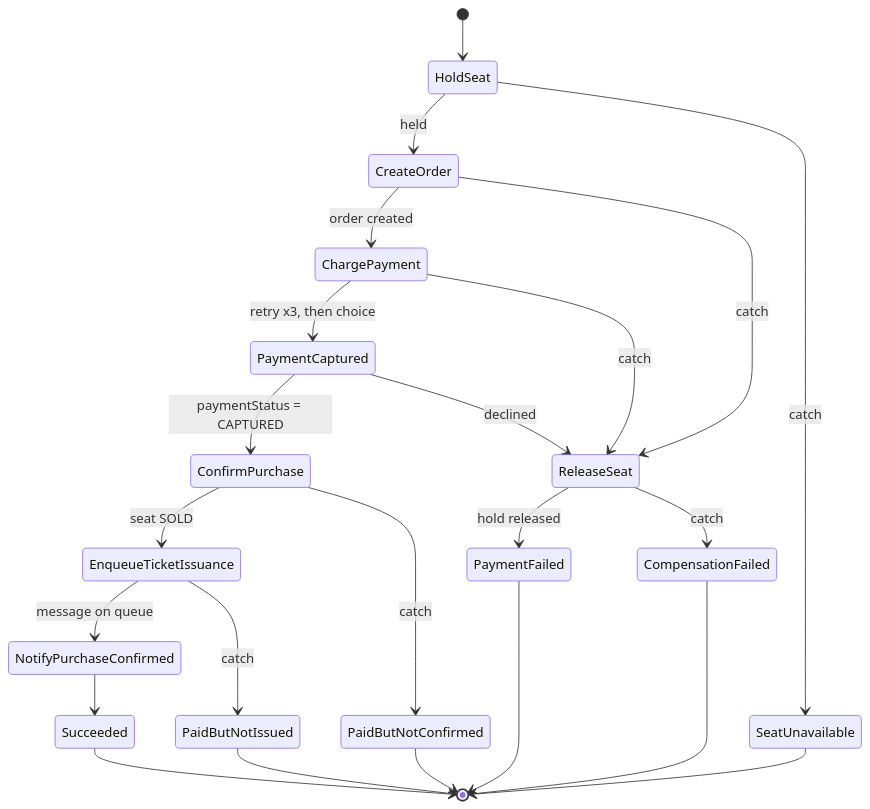
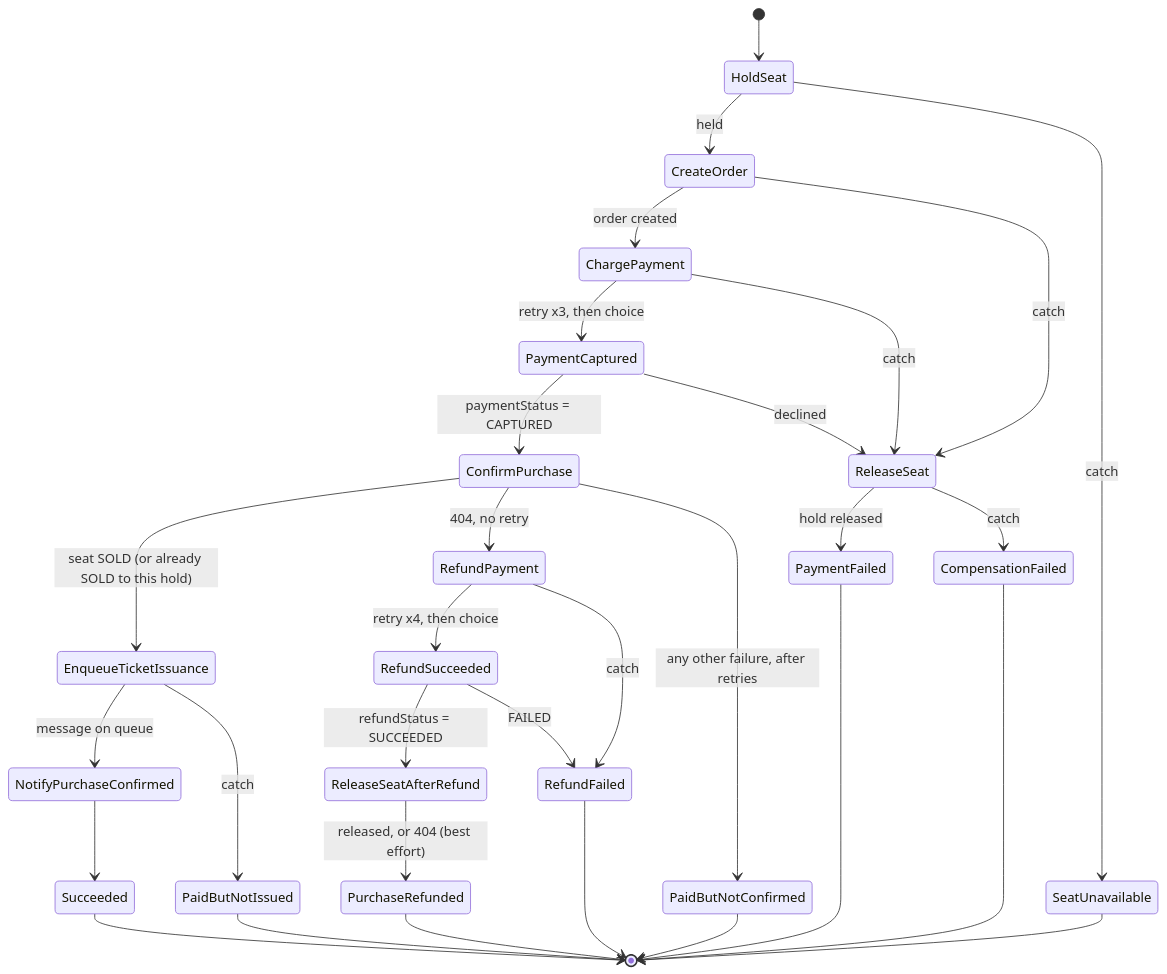
Before and after one commit to daliborjelicanin/ticket-waiting-room-aws: the third of 8 diagrams in docs/architecture.md, drawn with Mermaid. The commit also changed other lines of this file and 41 other files, not shown here.

````diff
--- a/docs/architecture.md
+++ b/docs/architecture.md
@@ -216,34 +217,43 @@
 ```mermaid
 stateDiagram-v2
     [*] --> HoldSeat
 
     HoldSeat --> CreateOrder: held
     HoldSeat --> SeatUnavailable: catch
 
     CreateOrder --> ChargePayment: order created
     CreateOrder --> ReleaseSeat: catch
 
     ChargePayment --> PaymentCaptured: retry x3, then choice
     ChargePayment --> ReleaseSeat: catch
 
     PaymentCaptured --> ConfirmPurchase: paymentStatus = CAPTURED
     PaymentCaptured --> ReleaseSeat: declined
 
-    ConfirmPurchase --> EnqueueTicketIssuance: seat SOLD
-    ConfirmPurchase --> PaidButNotConfirmed: catch
+    ConfirmPurchase --> EnqueueTicketIssuance: seat SOLD (or already SOLD to this hold)
+    ConfirmPurchase --> RefundPayment: 404, no retry
+    ConfirmPurchase --> PaidButNotConfirmed: any other failure, after retries
+
+    RefundPayment --> RefundSucceeded: retry x4, then choice
+    RefundPayment --> RefundFailed: catch
+    RefundSucceeded --> ReleaseSeatAfterRefund: refundStatus = SUCCEEDED
+    RefundSucceeded --> RefundFailed: FAILED
+    ReleaseSeatAfterRefund --> PurchaseRefunded: released, or 404 (best effort)
 
     EnqueueTicketIssuance --> NotifyPurchaseConfirmed: message on queue
     EnqueueTicketIssuance --> PaidButNotIssued: catch
 
     NotifyPurchaseConfirmed --> Succeeded
     Succeeded --> [*]
 
     ReleaseSeat --> PaymentFailed: hold released
     ReleaseSeat --> CompensationFailed: catch
 
     SeatUnavailable --> [*]
     PaymentFailed --> [*]
     CompensationFailed --> [*]
     PaidButNotConfirmed --> [*]
     PaidButNotIssued --> [*]
+    PurchaseRefunded --> [*]
+    RefundFailed --> [*]
 ```
````
